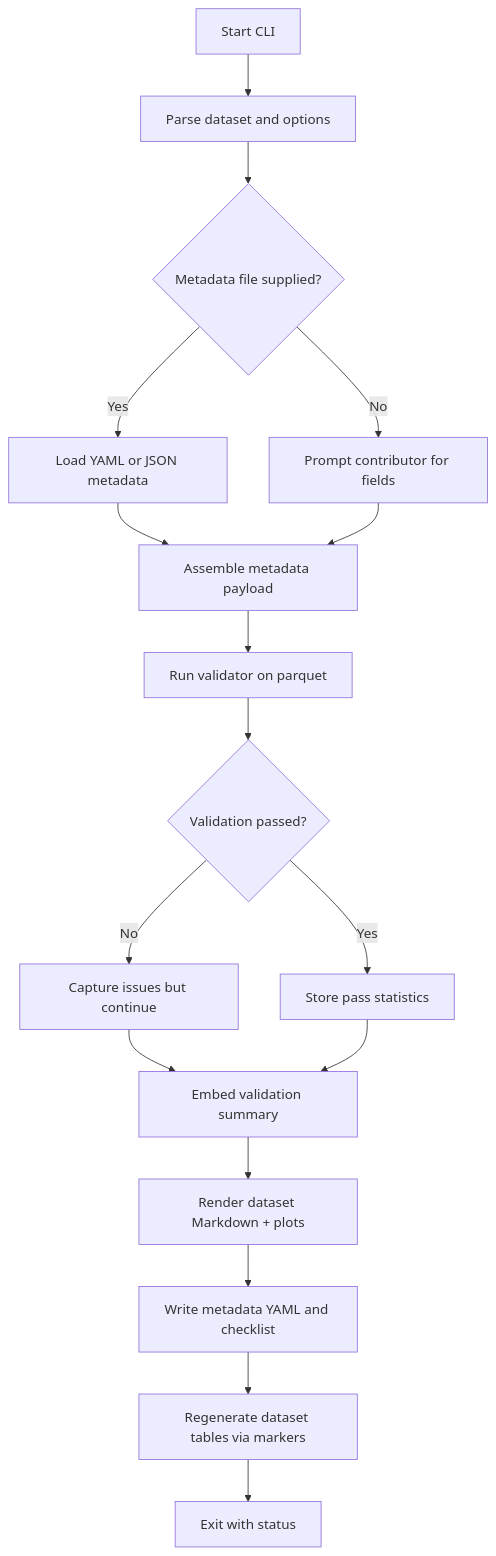
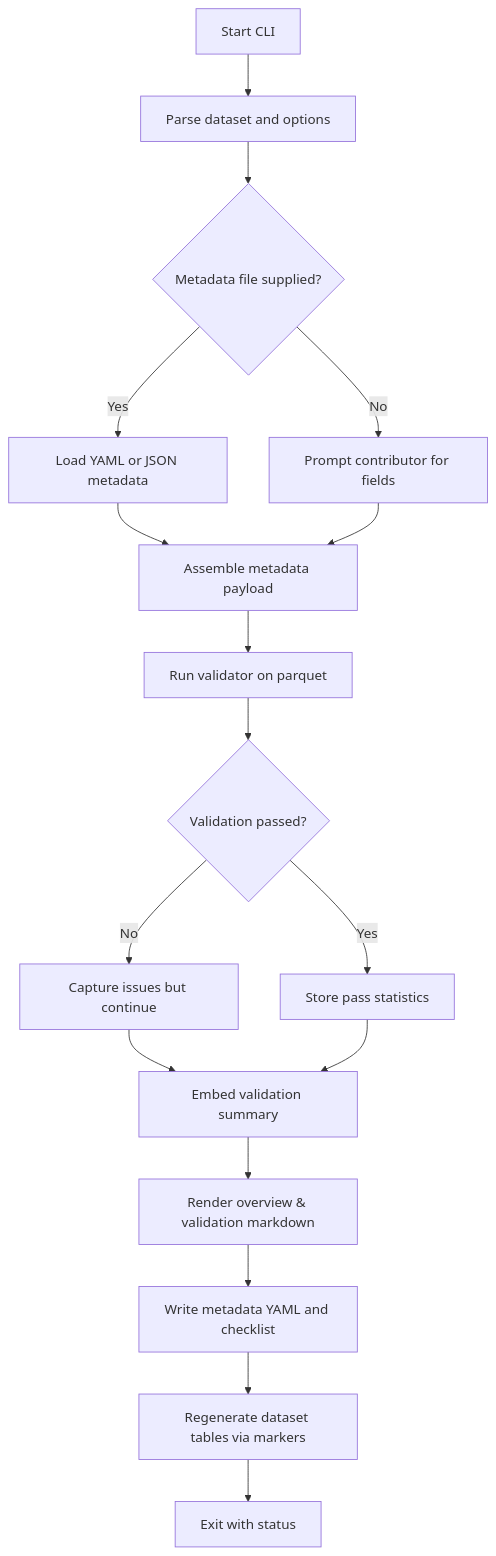
Before and after one commit to jmontp/LocoHub: the second of 6 diagrams in docs/maintainers/index.md, drawn with Mermaid. The commit also changed other lines of this file and 270 other files, not shown here.

Commit message:
Split dataset docs into overview and validation pages

````diff
--- a/docs/maintainers/index.md
+++ b/docs/maintainers/index.md
@@ -100,19 +100,19 @@
 ```mermaid
 flowchart TD
     A[Start CLI] --> B[Parse dataset and options]
     B --> C{Metadata file supplied?}
     C -- Yes --> D[Load YAML or JSON metadata]
     C -- No --> E[Prompt contributor for fields]
     D --> F
     E --> F[Assemble metadata payload]
     F --> G[Run validator on parquet]
     G --> H{Validation passed?}
     H -- No --> I[Capture issues but continue]
     H -- Yes --> J[Store pass statistics]
     I --> K
     J --> K[Embed validation summary]
-    K --> L[Render dataset Markdown + plots]
+    K --> L[Render overview & validation markdown]
     L --> M[Write metadata YAML and checklist]
     M --> N[Regenerate dataset tables via markers]
     N --> O[Exit with status]
 ```
````
